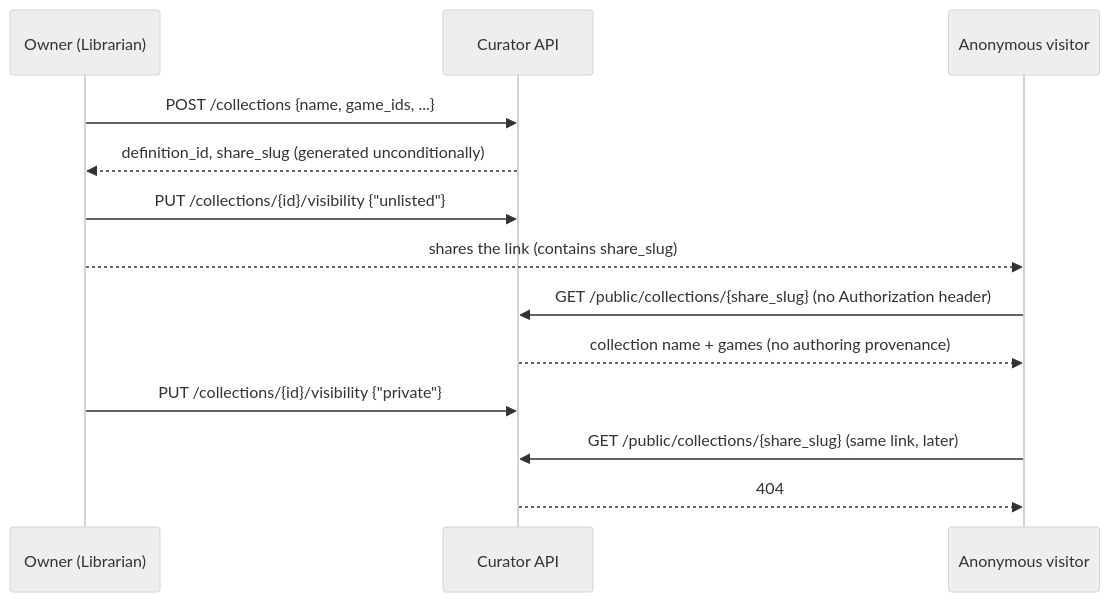
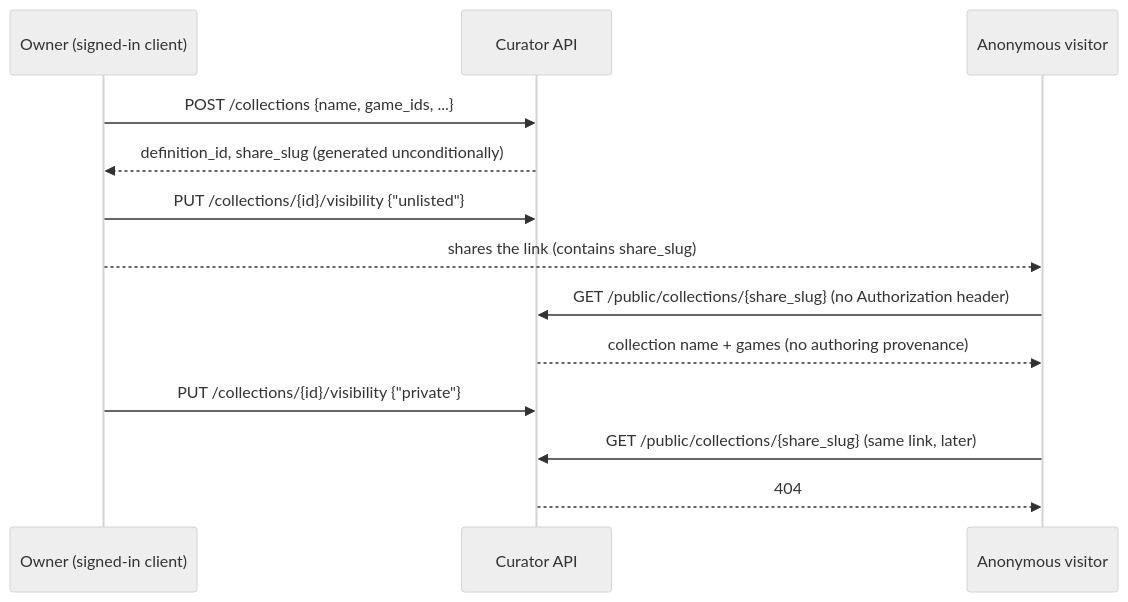
One commit to crgolden/Curator changed the fourth of 6 diagrams in ARCHITECTURE.md. Above: the diagram before and after it, drawn with Mermaid (neutral theme). The commit also changed other lines of this file and 4 other files, not shown here.

````diff
--- a/ARCHITECTURE.md
+++ b/ARCHITECTURE.md
@@ -128,16 +129,16 @@
 ```mermaid
 sequenceDiagram
-    participant Owner as Owner (Librarian)
+    participant Owner as Owner (signed-in client)
     participant Curator as Curator API
     participant Visitor as Anonymous visitor
 
     Owner->>Curator: POST /collections {name, game_ids, ...}
     Curator-->>Owner: definition_id, share_slug (generated unconditionally)
     Owner->>Curator: PUT /collections/{id}/visibility {"unlisted"}
     Owner-->>Visitor: shares the link (contains share_slug)
     Visitor->>Curator: GET /public/collections/{share_slug}  (no Authorization header)
     Curator-->>Visitor: collection name + games (no authoring provenance)
     Owner->>Curator: PUT /collections/{id}/visibility {"private"}
     Visitor->>Curator: GET /public/collections/{share_slug}  (same link, later)
     Curator-->>Visitor: 404
 ```
````
